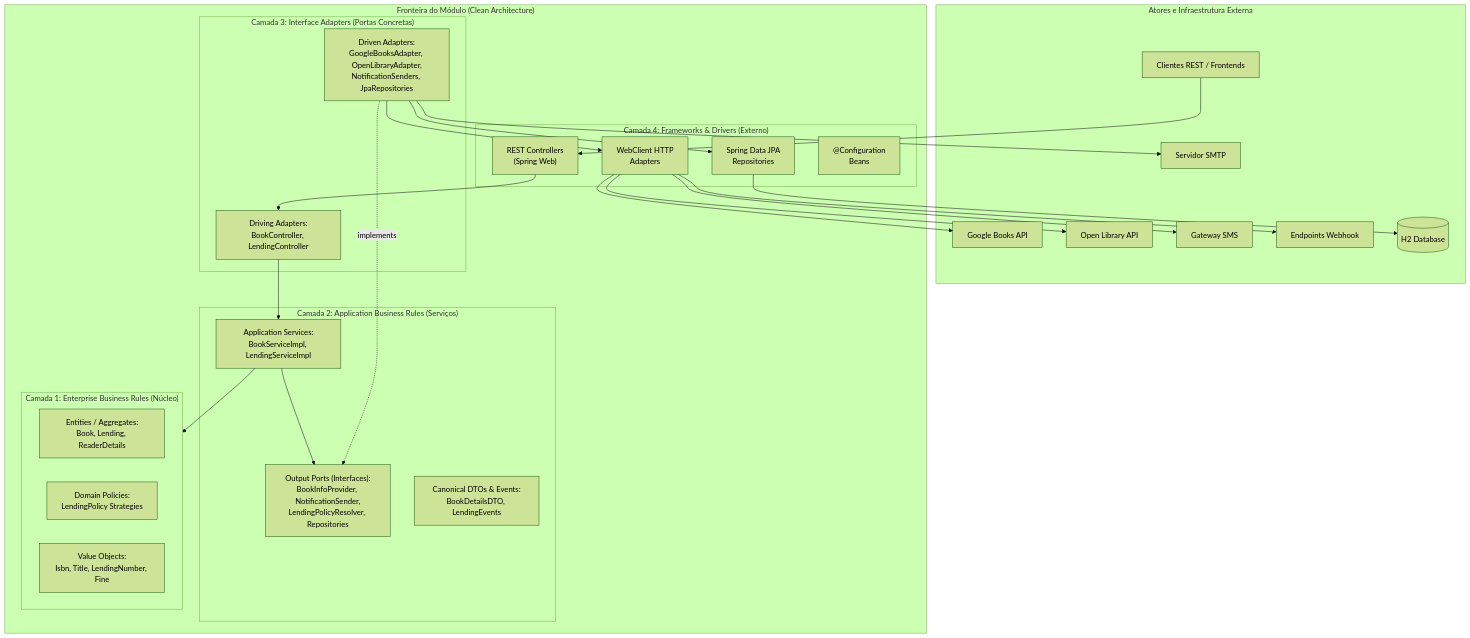
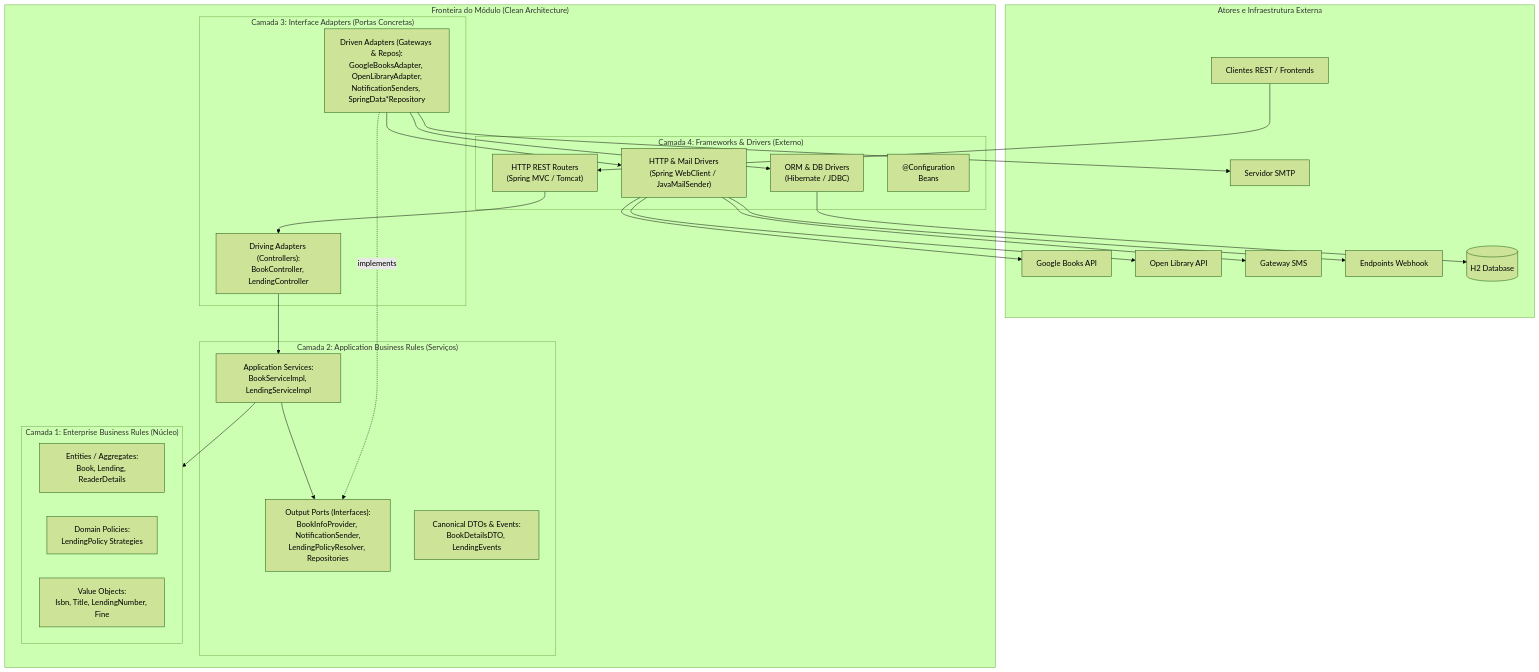
One commit to RafaelBrandao04/psoft-project-2026-1 changed the third of 3 diagrams in Docs/ARQSOFT/system-to-be/reference-architectures.md. Above: the diagram before and after it, drawn with Mermaid (forest theme). The commit also changed 6 other files, not shown here.

Commit message:
docs(arqsoft): realignment of documentation towards new code and architectural understandings

````diff
--- a/Docs/ARQSOFT/system-to-be/reference-architectures.md
+++ b/Docs/ARQSOFT/system-to-be/reference-architectures.md
@@ -112,53 +112,53 @@
 ```mermaid
 flowchart TD
     subgraph ExternalActors["Atores e Infraestrutura Externa"]
         RESTClient["Clientes REST / Frontends"]
         GB["Google Books API"]
         OL["Open Library API"]
         MAIL["Servidor SMTP"]
         SMS["Gateway SMS"]
         HOOK["Endpoints Webhook"]
         DB[(H2 Database)]
     end
 
     subgraph ModuleBoundary["Fronteira do Módulo (Clean Architecture)"]
         subgraph FrameworksLayer["Camada 4: Frameworks & Drivers (Externo)"]
-            Controllers["REST Controllers<br/>(Spring Web)"]
-            RepoImpl["Spring Data JPA<br/>Repositories"]
-            WebClientImpl["WebClient HTTP<br/>Adapters"]
+            Controllers["HTTP REST Routers<br/>(Spring MVC / Tomcat)"]
+            RepoImpl["ORM & DB Drivers<br/>(Hibernate / JDBC)"]
+            WebClientImpl["HTTP & Mail Drivers<br/>(Spring WebClient / JavaMailSender)"]
             ConfigBeans["@Configuration<br/>Beans"]
         end
 
         subgraph AdaptersLayer["Camada 3: Interface Adapters (Portas Concretas)"]
-            DrivingAdapters["Driving Adapters:<br/>BookController, LendingController"]
-            DrivenAdapters["Driven Adapters:<br/>GoogleBooksAdapter, OpenLibraryAdapter,<br/>NotificationSenders, JpaRepositories"]
+            DrivingAdapters["Driving Adapters (Controllers):<br/>BookController, LendingController"]
+            DrivenAdapters["Driven Adapters (Gateways & Repos):<br/>GoogleBooksAdapter, OpenLibraryAdapter,<br/>NotificationSenders, SpringData*Repository"]
         end
 
         subgraph UseCasesLayer["Camada 2: Application Business Rules (Serviços)"]
             AppServices["Application Services:<br/>BookServiceImpl, LendingServiceImpl"]
             OutputPorts["Output Ports (Interfaces):<br/>BookInfoProvider, NotificationSender,<br/>LendingPolicyResolver, Repositories"]
             CommandsDTO["Canonical DTOs & Events:<br/>BookDetailsDTO, LendingEvents"]
         end
 
         subgraph DomainLayer["Camada 1: Enterprise Business Rules (Núcleo)"]
             Entities["Entities / Aggregates:<br/>Book, Lending, ReaderDetails"]
             Policies["Domain Policies:<br/>LendingPolicy Strategies"]
             ValueObjects["Value Objects:<br/>Isbn, Title, LendingNumber, Fine"]
         end
     end
 
     RESTClient --> Controllers
     Controllers --> DrivingAdapters
     DrivingAdapters --> AppServices
     AppServices --> DomainLayer
     AppServices --> OutputPorts
     DrivenAdapters -.->|implements| OutputPorts
     DrivenAdapters --> WebClientImpl
     DrivenAdapters --> RepoImpl
     WebClientImpl --> GB
     WebClientImpl --> OL
     WebClientImpl --> HOOK
     WebClientImpl --> SMS
     RepoImpl --> DB
     DrivenAdapters --> MAIL
 ```
````
